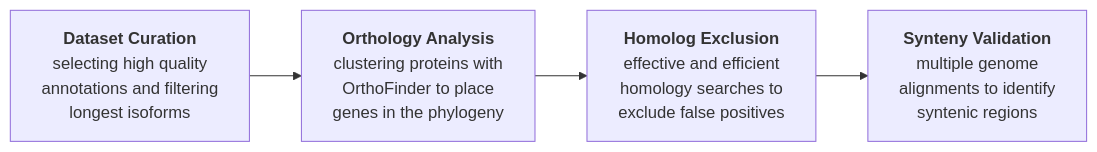
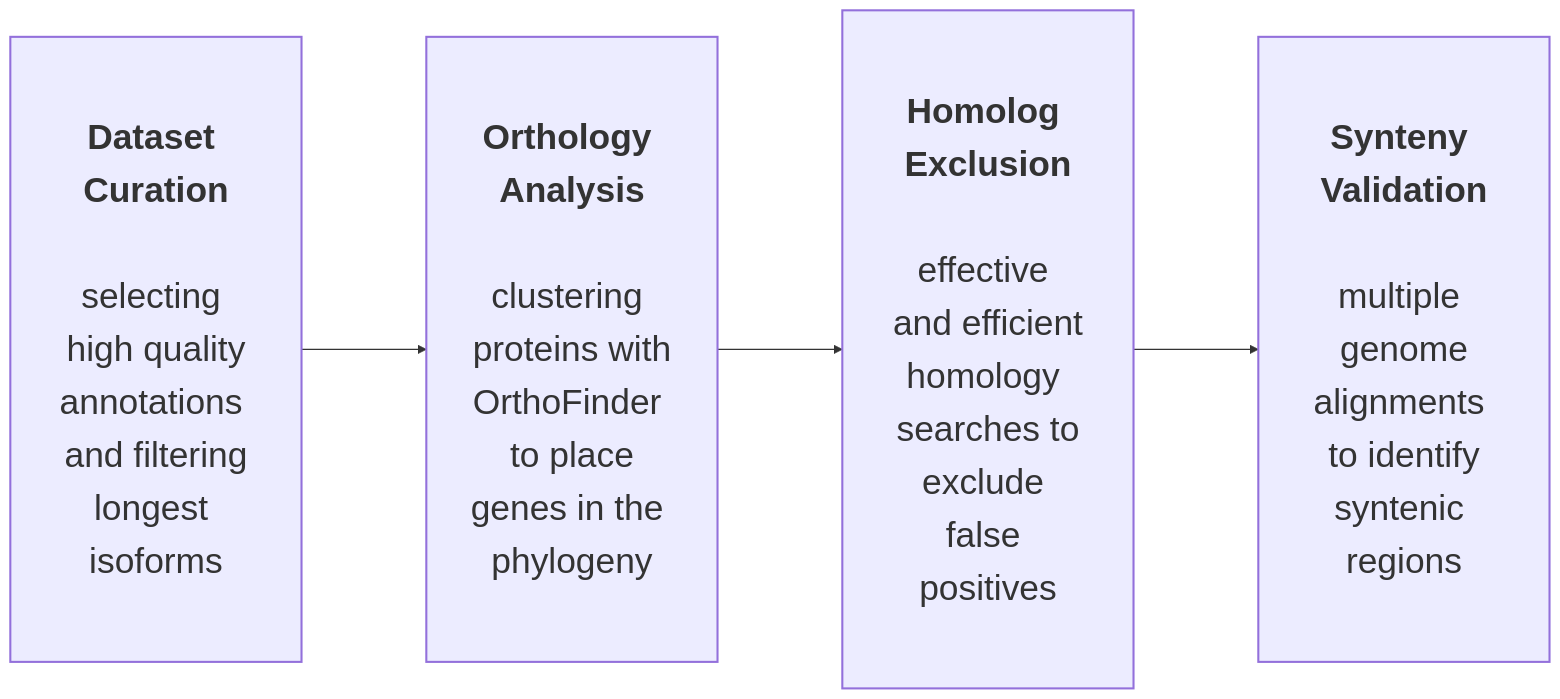
The first of 2 diagrams in README.md (Ludtson/protein-preprocessing-isoform-pipeline), drawn with Mermaid before and after one commit.

Commit message:
Enlarge the full LINGUA workflow diagram
Increases font size and node padding on the 4-box summary flowchart --
was rendering noticeably small relative to the rest of the README.

Development assisted by Claude Code (Anthropic).

````diff
--- a/README.md
+++ b/README.md
@@ -38,9 +38,13 @@
 ```mermaid
+%%{init: {"flowchart": {"nodeSpacing": 80, "rankSpacing": 120, "padding": 20}, "themeVariables": {"fontSize": "34px"}}}%%
 flowchart LR
-    A["<b>Dataset Curation</b><br/>selecting high quality<br/>annotations and filtering<br/>longest isoforms"]
-    B["<b>Orthology Analysis</b><br/>clustering proteins with<br/>OrthoFinder to place<br/>genes in the phylogeny"]
-    C["<b>Homolog Exclusion</b><br/>effective and efficient<br/>homology searches to<br/>exclude false positives"]
-    D["<b>Synteny Validation</b><br/>multiple genome<br/>alignments to identify<br/>syntenic regions"]
+    A["<b>Dataset Curation</b><br/><br/>selecting high quality<br/>annotations and filtering<br/>longest isoforms"]
+    B["<b>Orthology Analysis</b><br/><br/>clustering proteins with<br/>OrthoFinder to place<br/>genes in the phylogeny"]
+    C["<b>Homolog Exclusion</b><br/><br/>effective and efficient<br/>homology searches to<br/>exclude false positives"]
+    D["<b>Synteny Validation</b><br/><br/>multiple genome<br/>alignments to identify<br/>syntenic regions"]
 
     A --> B --> C --> D
+
+    classDef big font-size:34px,padding:25px,stroke-width:2px;
+    class A,B,C,D big
 ```
````
